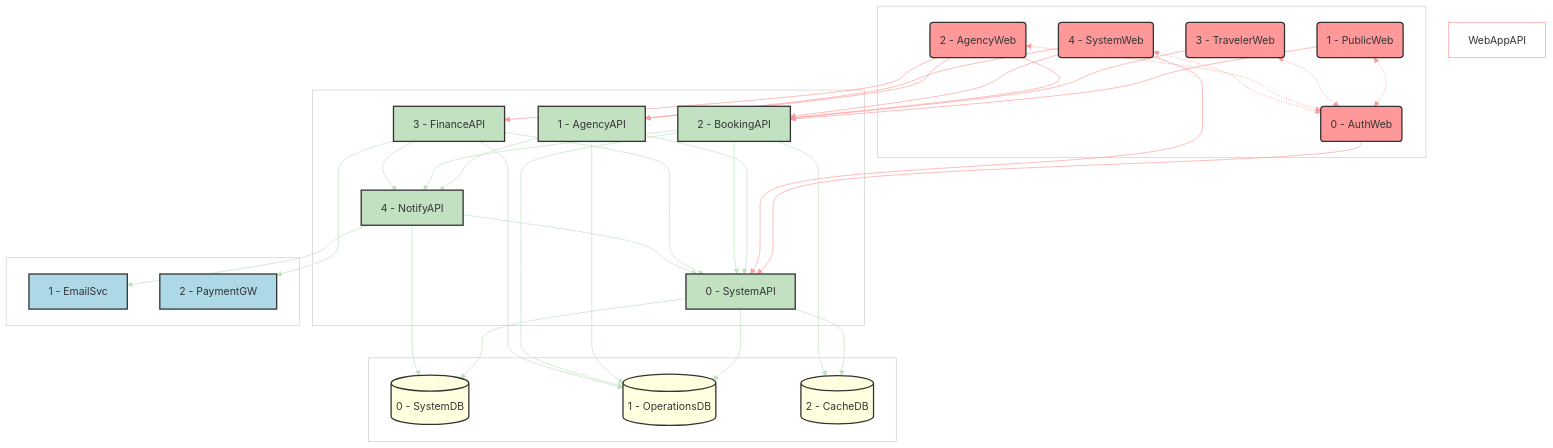
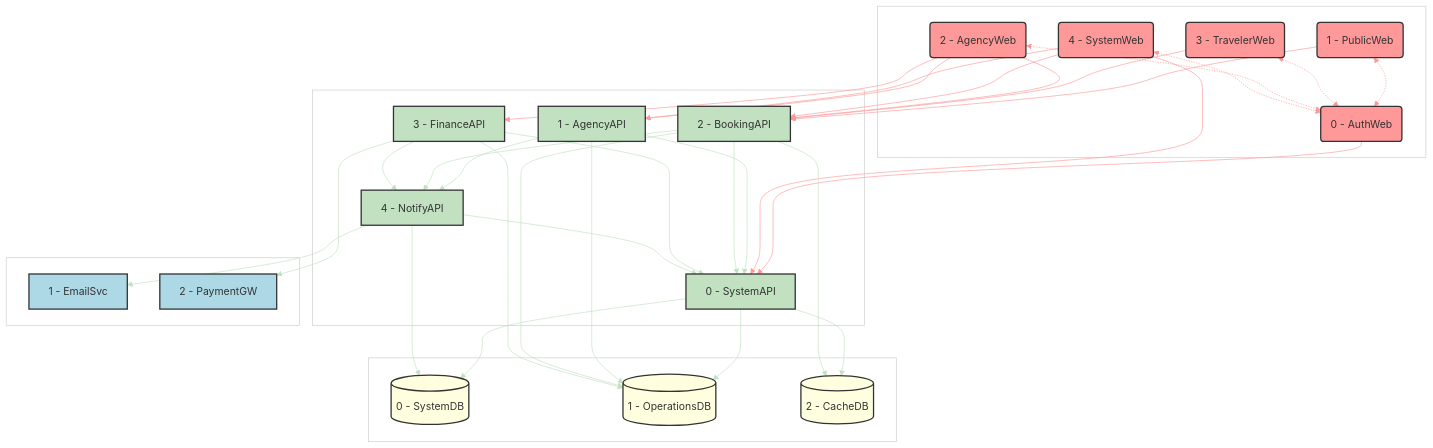
One commit to AlbertoBasalo/aidd changed the diagram in generators/1-software-analyst/output/2-astrobookings-system-architecture.md. Above: the diagram before and after it, drawn with Mermaid. The commit also changed 8 other files, not shown here.

````diff
--- a/generators/1-software-analyst/output/2-astrobookings-system-architecture.md
+++ b/generators/1-software-analyst/output/2-astrobookings-system-architecture.md
@@ -36,76 +36,75 @@
 ```mermaid
 graph TD
     subgraph WebApplications[ ]
         AuthWeb(0 - AuthWeb)
         PublicWeb(1 - PublicWeb)
         AgencyWeb(2 - AgencyWeb)
         TravelerWeb(3 - TravelerWeb)
         SystemWeb(4 - SystemWeb)
     end
 
     subgraph APIServices[ ]
         SystemAPI[0 - SystemAPI]
         AgencyAPI[1 - AgencyAPI]
         BookingAPI[2 - BookingAPI]
         FinanceAPI[3 - FinanceAPI]
         NotifyAPI[4 - NotifyAPI]
     end
 
     subgraph Databases[ ]
         SystemDB[(0 - SystemDB)]
         OperationsDB[(1 - OperationsDB)]
         CacheDB[(2 - CacheDB)]
     end
 
     subgraph External[ ]
         EmailSvc[1 - EmailSvc]
         PaymentGW[2 - PaymentGW]
     end
 
     %% Web to Web connections
     PublicWeb <-.->  AuthWeb
     TravelerWeb <-.-> AuthWeb
     AgencyWeb <-.-> AuthWeb
     SystemWeb <-.-> AuthWeb
 
     %% Web to API connections
     AuthWeb --> SystemAPI
     PublicWeb -->  BookingAPI
     TravelerWeb --> BookingAPI
     AgencyWeb --> AgencyAPI & BookingAPI & FinanceAPI
     SystemWeb --> AgencyAPI & BookingAPI & SystemAPI
 
     %% API to API connections
     AgencyAPI -->  SystemAPI & NotifyAPI
     BookingAPI -->  SystemAPI & NotifyAPI
     FinanceAPI -->  SystemAPI & NotifyAPI
     NotifyAPI -->  SystemAPI
 
     %% API to Database connections
     SystemAPI -->  OperationsDB & SystemDB & CacheDB
     AgencyAPI -->  OperationsDB
     BookingAPI -->  OperationsDB & CacheDB
     FinanceAPI -->  OperationsDB
     NotifyAPI -->  SystemDB
 
     %% API to External Service connections
     NotifyAPI --> EmailSvc
     FinanceAPI --> PaymentGW
 
     %% Style
     style WebApplications stroke:#ccc,fill:#FFFFFF,stroke-width:1px;
     style APIServices stroke:#ccc,fill:#FFFFFF,stroke-width:1px;
     style Databases stroke:#ccc,fill:#FFFFFF,stroke-width:1px;
     style External stroke:#ccc,fill:#FFFFFF,stroke-width:1px;
-    style WebAppAPI stroke:#FF9999,fill:#FFFFFF,stroke-width:1px;
     classDef web fill:#FF9999,stroke:#333,stroke-width:2px;
     classDef api fill:#C1E1C1,stroke:#333,stroke-width:2px;
     classDef db fill:#FFFFE0,stroke:#333,stroke-width:2px;
     classDef ext fill:#ADD8E6,stroke:#333,stroke-width:2px;
     class AuthWeb,PublicWeb,AgencyWeb,TravelerWeb,SystemWeb web;
     class AgencyAPI,BookingAPI,FinanceAPI,NotifyAPI,SystemAPI api;
     class OperationsDB,SystemDB,CacheDB db;
     class EmailSvc,PaymentGW ext;
     linkStyle 0,1,2,3,4,5,6,7,8,9,10,11,12 stroke:#FF9999
     linkStyle 13,14,15,16,17,18,19,20,21,22,23,24,25,26,27,28,29 stroke:#C1E1C1
 ```
````
